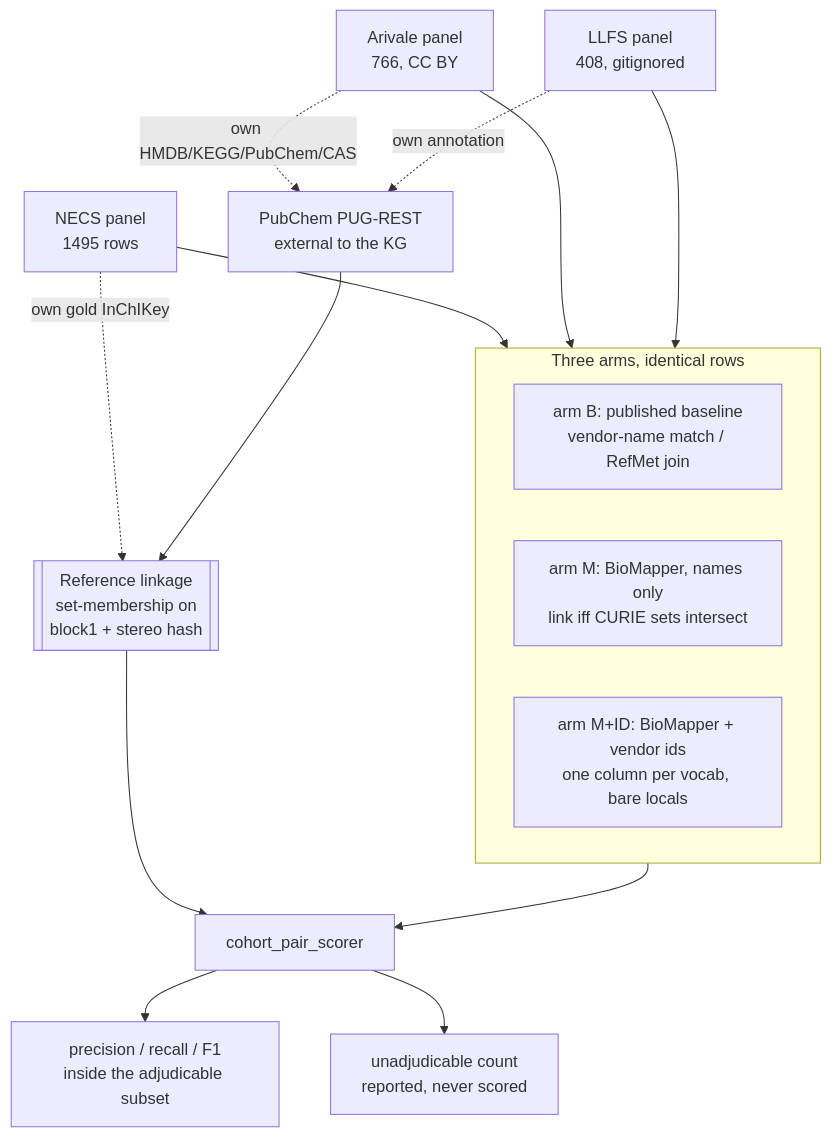
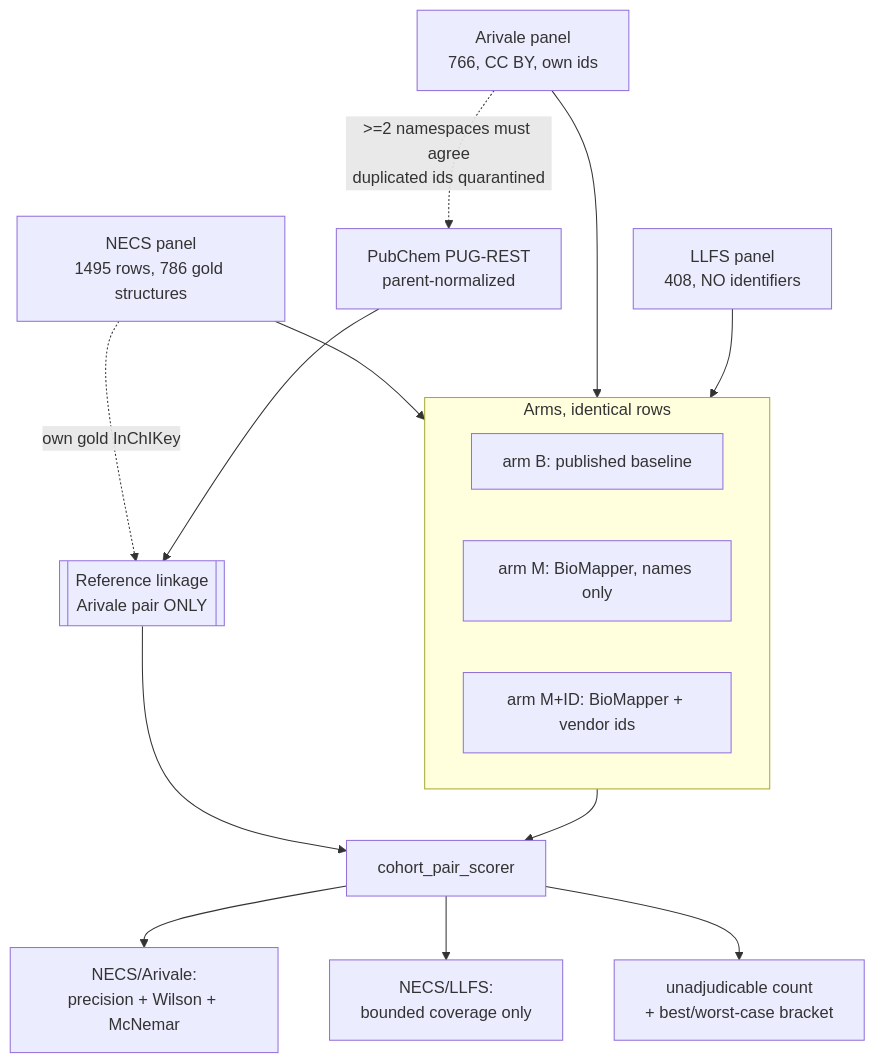
One commit to trentleslie/biomapper2 changed the diagram in docs/plans/2026-08-04-001-feat-cross-cohort-harmonization-benchmark-plan.md. Above: the diagram before and after it, drawn with Mermaid. The commit also changed other lines of this file and 1 other file, not shown here.

````diff
--- a/docs/plans/2026-08-04-001-feat-cross-cohort-harmonization-benchmark-plan.md
+++ b/docs/plans/2026-08-04-001-feat-cross-cohort-harmonization-benchmark-plan.md
@@ -205,23 +233,23 @@
 ```mermaid
 flowchart TD
-    NECS[NECS panel<br/>1495 rows] --> ARMS
-    ARIV[Arivale panel<br/>766, CC BY] --> ARMS
-    LLFS[LLFS panel<br/>408, gitignored] --> ARMS
+    NECS[NECS panel<br/>1495 rows, 786 gold structures] --> ARMS
+    ARIV[Arivale panel<br/>766, CC BY, own ids] --> ARMS
+    LLFS[LLFS panel<br/>408, NO identifiers] --> ARMS
 
-    subgraph ARMS[Three arms, identical rows]
-      B["arm B: published baseline<br/>vendor-name match / RefMet join"]
-      M["arm M: BioMapper, names only<br/>link iff CURIE sets intersect"]
-      MID["arm M+ID: BioMapper + vendor ids<br/>one column per vocab, bare locals"]
+    subgraph ARMS[Arms, identical rows]
+      B["arm B: published baseline"]
+      M["arm M: BioMapper, names only"]
+      MID["arm M+ID: BioMapper + vendor ids"]
     end
 
     NECS -.own gold InChIKey.-> REF
-    ARIV -.own HMDB/KEGG/PubChem/CAS.-> PUG
-    LLFS -.own annotation.-> PUG
-    PUG[PubChem PUG-REST<br/>external to the KG] --> REF
-    REF[["Reference linkage<br/>set-membership on<br/>block1 + stereo hash"]]
+    ARIV -.">=2 namespaces must agree<br/>duplicated ids quarantined".-> PUG
+    PUG[PubChem PUG-REST<br/>parent-normalized] --> REF
+    REF[["Reference linkage<br/>Arivale pair ONLY"]]
 
     ARMS --> SCORE
     REF --> SCORE
-    SCORE[cohort_pair_scorer] --> OUT["precision / recall / F1<br/>inside the adjudicable subset"]
-    SCORE --> UNADJ["unadjudicable count<br/>reported, never scored"]
+    SCORE[cohort_pair_scorer] --> ACC["NECS/Arivale:<br/>precision + Wilson + McNemar"]
+    SCORE --> COV["NECS/LLFS:<br/>bounded coverage only"]
+    SCORE --> BRACKET["unadjudicable count<br/>+ best/worst-case bracket"]
 ```
````
